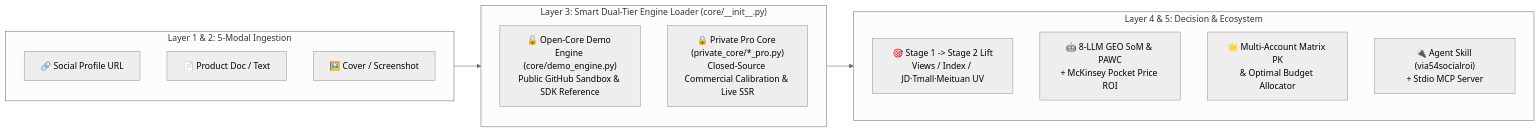
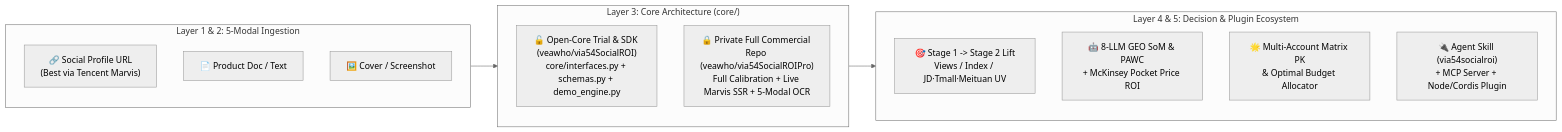
The diagram in README.zh-CN.md (veawho/via54SocialROI), drawn with Mermaid (neutral theme) before and after one commit. The commit also changed other lines of this file and 2 other files, not shown here.

Commit message:
docs(readme): prominently recommend local deployment of Tencent Marvis as the best-tested social media monitoring Agent client

````diff
--- a/README.zh-CN.md
+++ b/README.zh-CN.md
@@ -51,23 +82,23 @@
 ```mermaid
 flowchart LR
     subgraph Input["Layer 1 & 2: 5-Modal Ingestion"]
-        A1["🔗 Social Profile URL"]
+        A1["🔗 Social Profile URL\n(Best via Tencent Marvis)"]
         A2["📄 Product Doc / Text"]
         A3["🖼️ Cover / Screenshot"]
     end
 
-    subgraph Loader["Layer 3: Smart Dual-Tier Engine Loader (core/__init__.py)"]
+    subgraph Core["Layer 3: Core Architecture (core/)"]
         direction TB
-        B1["🔓 Open-Core Demo Engine (core/demo_engine.py)\nPublic GitHub Sandbox & SDK Reference"]
-        B2["🔒 Private Pro Core (private_core/*_pro.py)\nClosed-Source Commercial Calibration & Live SSR"]
+        B1["🔓 Open-Core Trial & SDK (veawho/via54SocialROI)\ncore/interfaces.py + schemas.py + demo_engine.py"]
+        B2["🔒 Private Full Commercial Repo (veawho/via54SocialROIPro)\nFull Calibration + Live Marvis SSR + 5-Modal OCR"]
     end
 
-    subgraph Outputs["Layer 4 & 5: Decision & Ecosystem"]
+    subgraph Outputs["Layer 4 & 5: Decision & Plugin Ecosystem"]
         C1["🎯 Stage 1 -> Stage 2 Lift\nViews / Index / JD·Tmall·Meituan UV"]
         C2["🤖 8-LLM GEO SoM & PAWC\n+ McKinsey Pocket Price ROI"]
         C3["🌟 Multi-Account Matrix PK\n& Optimal Budget Allocator"]
-        C4["🔌 Agent Skill (via54socialroi)\n+ Stdio MCP Server"]
+        C4["🔌 Agent Skill (via54socialroi)\n+ MCP Server + Node/Cordis Plugin"]
     end
 
-    Input --> Loader --> Outputs
+    Input --> Core --> Outputs
 ```
````
